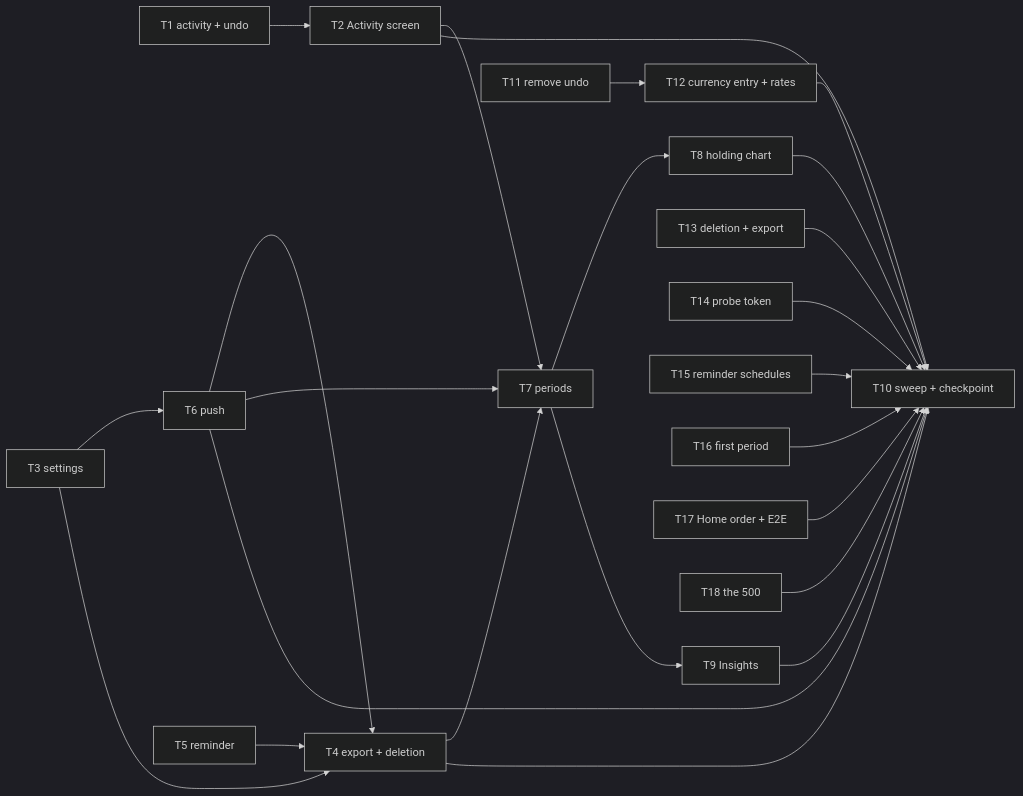
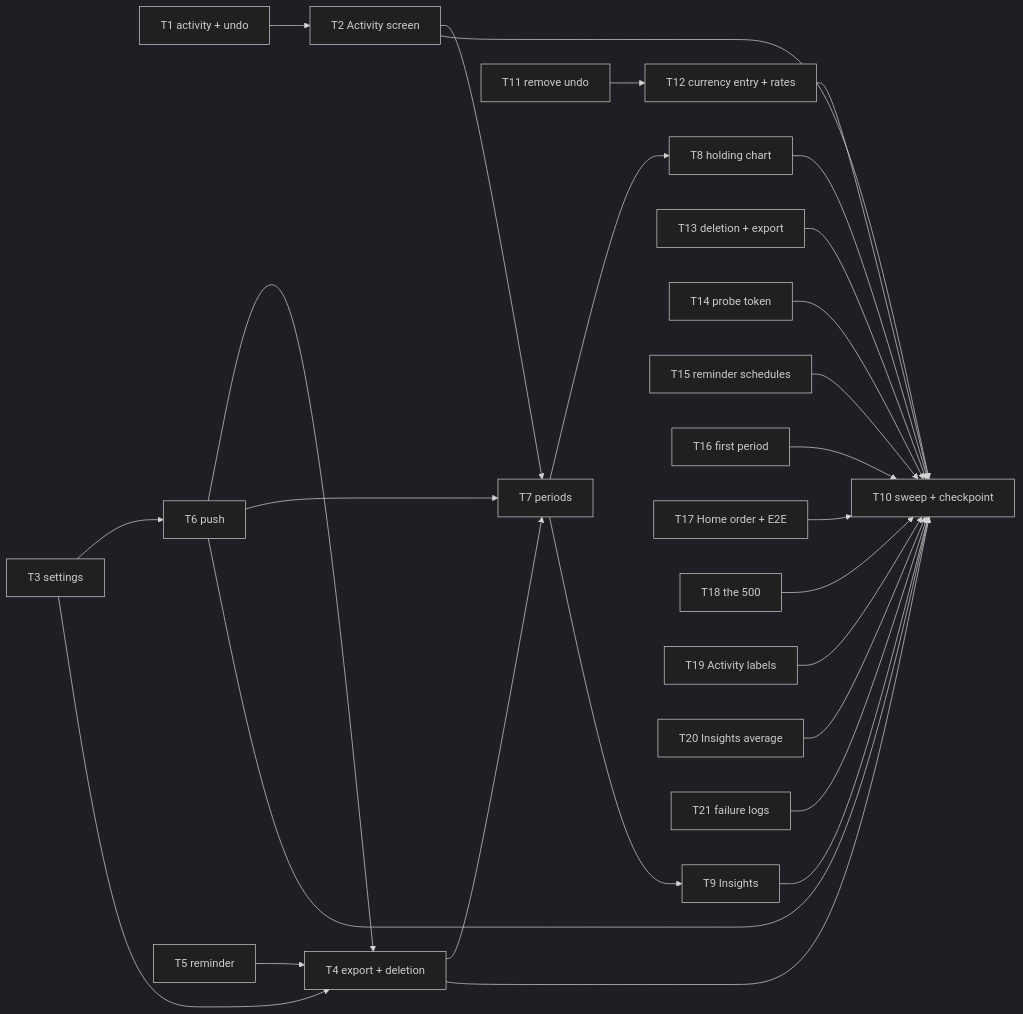
Before and after one commit to terrence0488/netnet: the third of 3 diagrams in docs/04-plan.md, drawn with Mermaid (dark theme). The commit also changed other lines of this file and 7 other files, not shown here.

````diff
--- a/docs/04-plan.md
+++ b/docs/04-plan.md
@@ -343,13 +351,14 @@
 ```mermaid
 flowchart LR
   T1[T1 activity + undo] --> T2[T2 Activity screen]
   T3[T3 settings] --> T6[T6 push] & T4[T4 export + deletion]
   T5[T5 reminder] --> T4
   T6 --> T4
   T2 & T4 & T6 --> T7[T7 periods]
   T7 --> T8[T8 holding chart] & T9[T9 Insights]
   T2 & T4 & T6 & T8 & T9 --> T10[T10 sweep + checkpoint]
   T11[T11 remove undo] --> T12[T12 currency entry + rates]
   T12 & T13[T13 deletion + export] & T14[T14 probe token] & T15[T15 reminder schedules] --> T10
   T16[T16 first period] & T17[T17 Home order + E2E] & T18[T18 the 500] --> T10
+  T19[T19 Activity labels] & T20[T20 Insights average] & T21[T21 failure logs] --> T10
 ```
````
